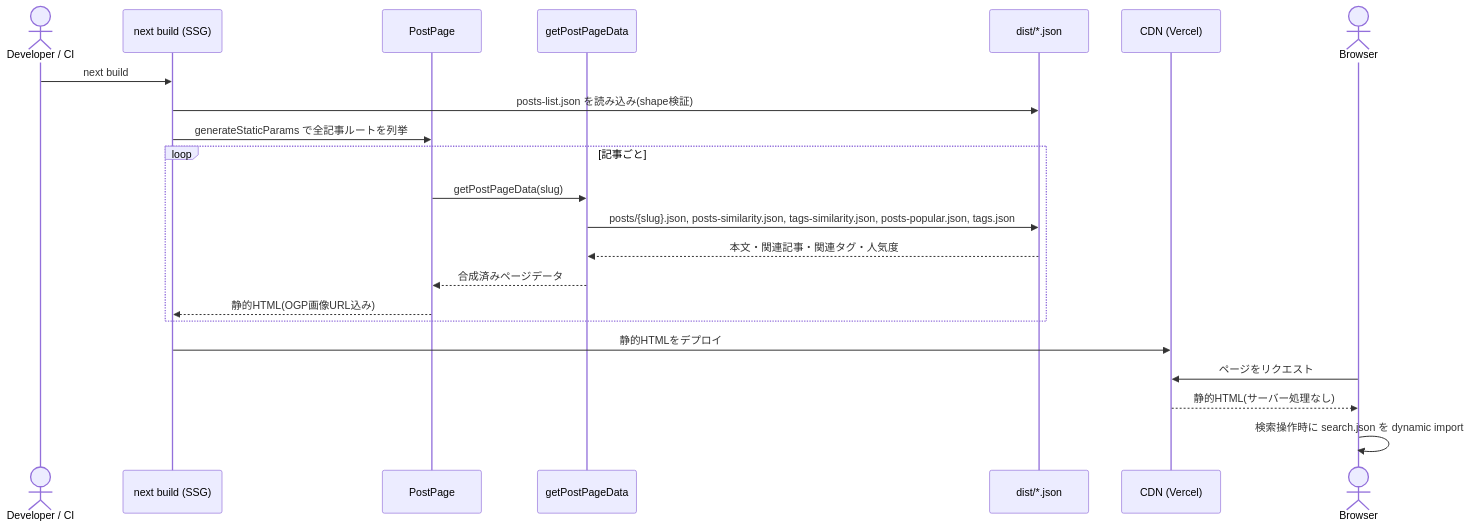
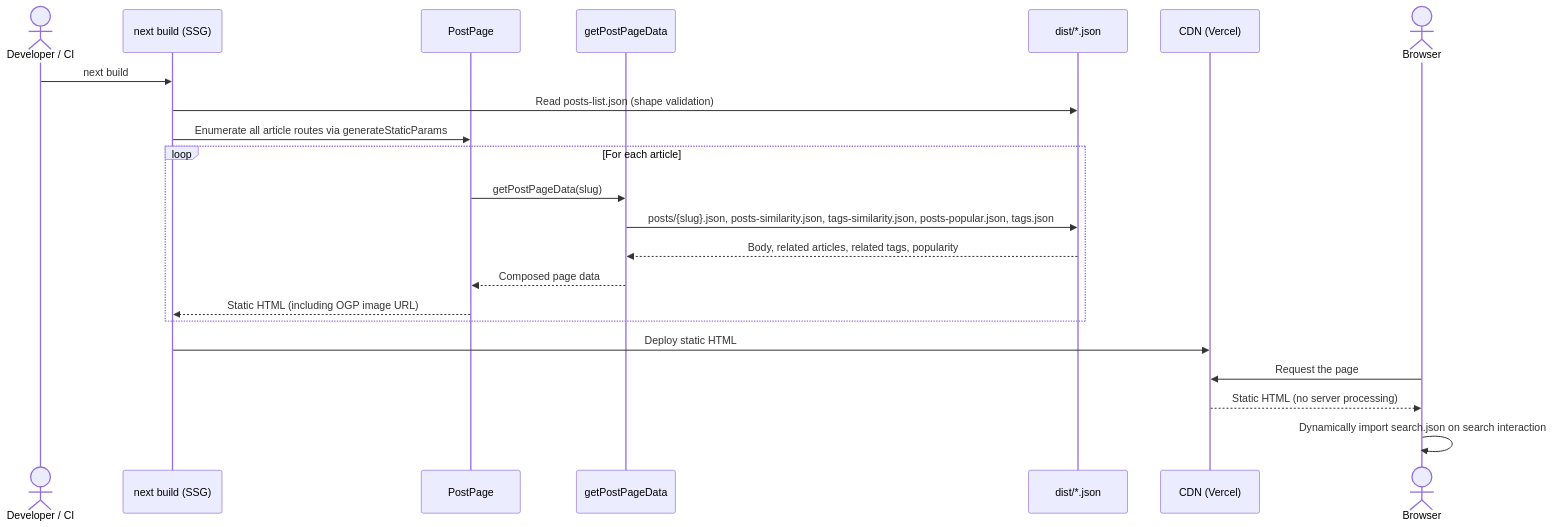
The second of 4 diagrams in README.md (hiro0218/b.0218.jp), drawn with Mermaid before and after one commit. The commit also changed other lines of this file, not shown here.

````diff
--- a/README.md
+++ b/README.md
@@ -68,25 +68,25 @@
 ```mermaid
 sequenceDiagram
     actor Dev as Developer / CI
     participant Next as next build (SSG)
     participant Page as PostPage
     participant Data as getPostPageData
     participant Dist as dist/*.json
     participant CDN as CDN (Vercel)
     actor Browser
 
     Dev->>Next: next build
-    Next->>Dist: posts-list.json を読み込み(shape検証)
-    Next->>Page: generateStaticParams で全記事ルートを列挙
-    loop 記事ごと
+    Next->>Dist: Read posts-list.json (shape validation)
+    Next->>Page: Enumerate all article routes via generateStaticParams
+    loop For each article
         Page->>Data: getPostPageData(slug)
         Data->>Dist: posts/{slug}.json, posts-similarity.json, tags-similarity.json, posts-popular.json, tags.json
-        Dist-->>Data: 本文・関連記事・関連タグ・人気度
-        Data-->>Page: 合成済みページデータ
-        Page-->>Next: 静的HTML(OGP画像URL込み)
+        Dist-->>Data: Body, related articles, related tags, popularity
+        Data-->>Page: Composed page data
+        Page-->>Next: Static HTML (including OGP image URL)
     end
-    Next->>CDN: 静的HTMLをデプロイ
-    Browser->>CDN: ページをリクエスト
-    CDN-->>Browser: 静的HTML(サーバー処理なし)
-    Browser->>Browser: 検索操作時に search.json を dynamic import
+    Next->>CDN: Deploy static HTML
+    Browser->>CDN: Request the page
+    CDN-->>Browser: Static HTML (no server processing)
+    Browser->>Browser: Dynamically import search.json on search interaction
 ```
````
